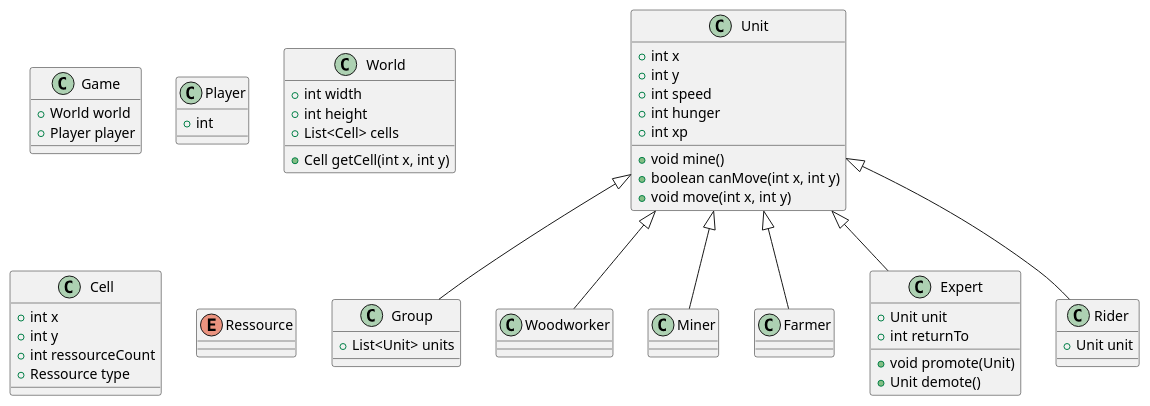
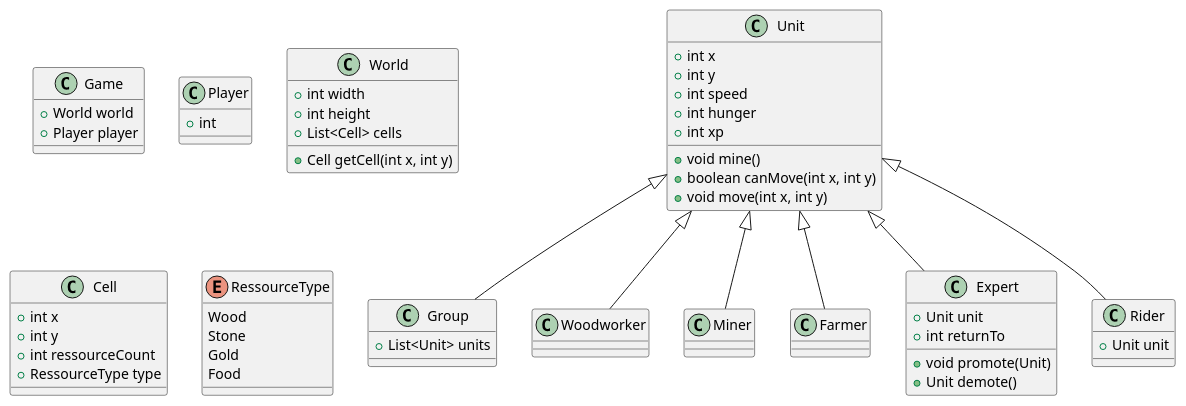
The diagram in doc/class.puml (17maiga/strategy_game_dp), drawn with PlantUML before and after one commit.

Commit message:
Cell Ressource Type

```diff
--- a/doc/class.puml
+++ b/doc/class.puml
@@ -1,63 +1,66 @@
 @startuml
 class Game {
   +World world
   +Player player
 }
 
 class Player {
   +int
 }
 
 class World {
   +int width
   +int height
   +List<Cell> cells
 
   +Cell getCell(int x, int y)
 }
 
 class Cell {
   +int x
   +int y
   +int ressourceCount
-  +Ressource type
+  +RessourceType type
 }
 
-enum Ressource {
-
+enum RessourceType {
+  Wood
+  Stone
+  Gold
+  Food
 }
 
 
 class Unit {
   +int x
   +int y
   +int speed
   +int hunger
   +int xp
 
   +void mine()
   +boolean canMove(int x, int y)
   +void move(int x, int y)
 }
 
 class Group extends Unit {
   +List<Unit> units
 }
 
 class Woodworker extends Unit {}
 class Miner extends Unit {}
 class Farmer extends Unit {}
 
 class Expert extends Unit {
   +Unit unit
   +int returnTo
 
   +void promote(Unit)
   +Unit demote()
 }
 
 class Rider extends Unit {
   +Unit unit
 }
 
 @enduml
```
